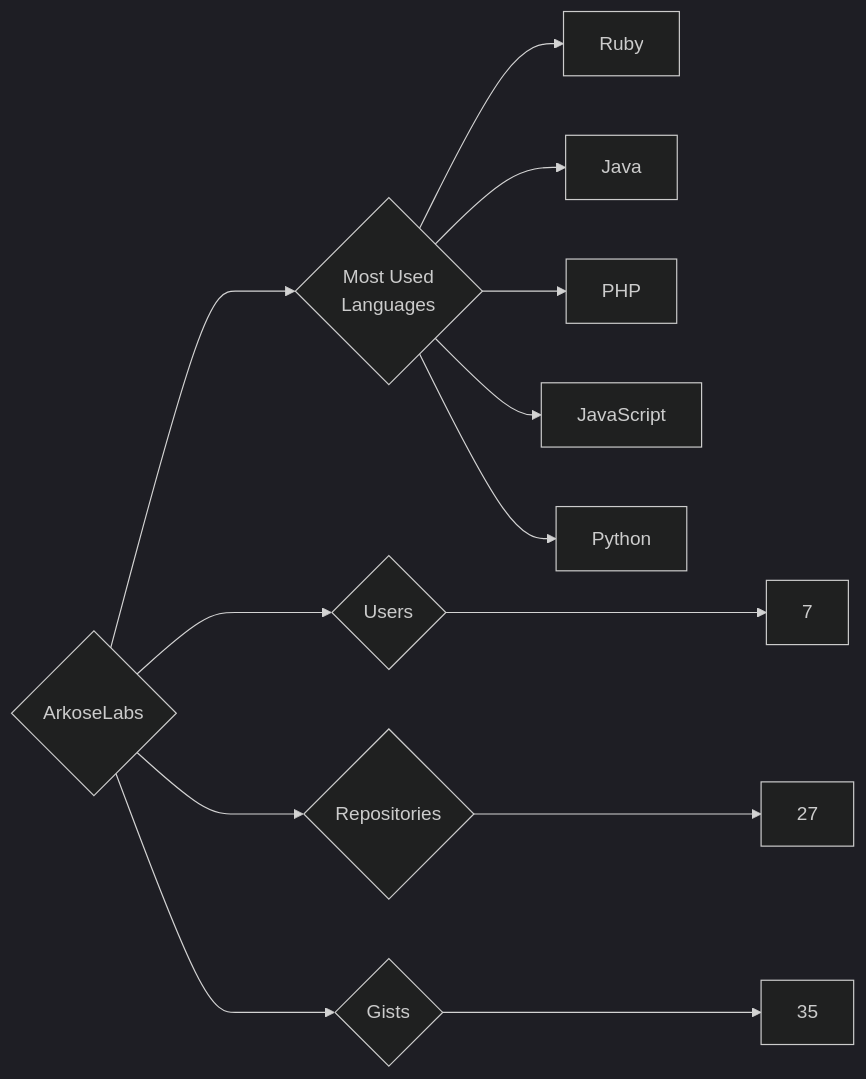
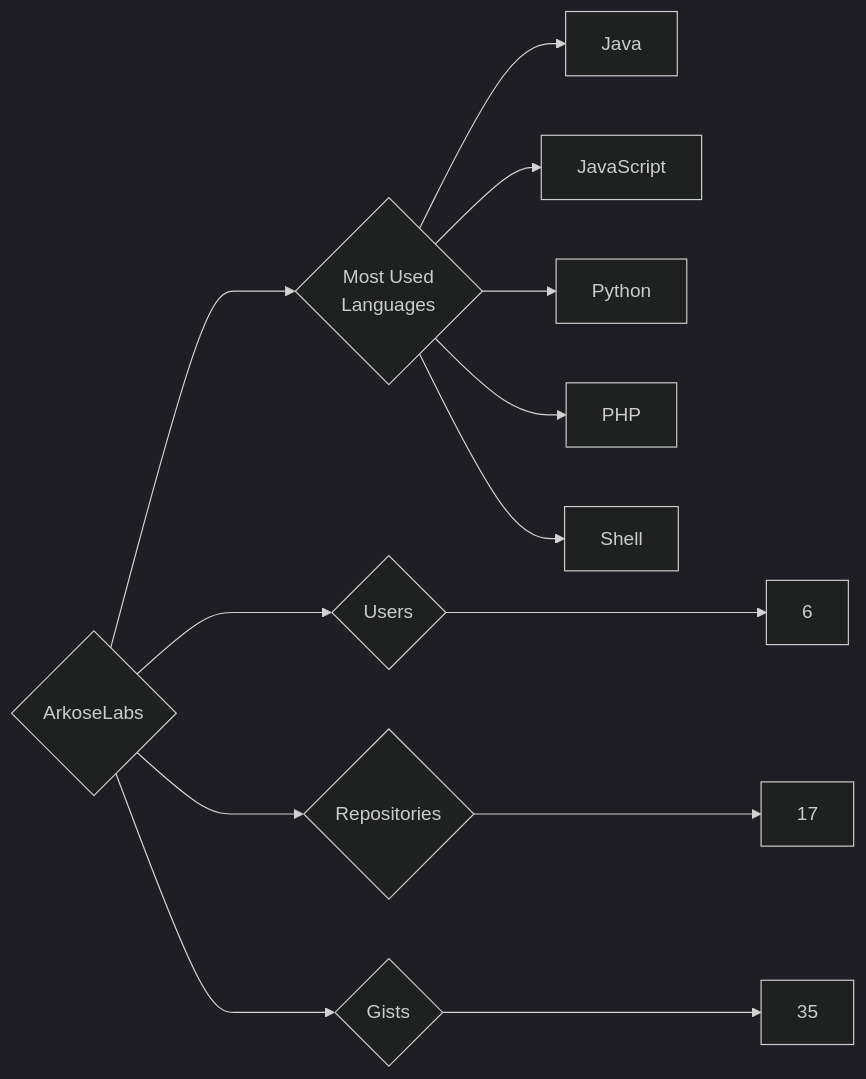
Before and after one commit to trickest/insiders: the diagram in targets/ArkoseLabs/README.md, drawn with Mermaid (dark theme). The commit also changed 1238 other files, not shown here.

````diff
--- a/targets/ArkoseLabs/README.md
+++ b/targets/ArkoseLabs/README.md
@@ -3,13 +3,13 @@
 ```mermaid
 graph LR
 COMPANY_NAME{ArkoseLabs}
-COMPANY_NAME ---> U{Users} ---> UN[7]
-COMPANY_NAME ---> R{Repositories} ---> RN[27]
+COMPANY_NAME ---> U{Users} ---> UN[6]
+COMPANY_NAME ---> R{Repositories} ---> RN[17]
 COMPANY_NAME ---> G{Gists} ---> GN[35]
 COMPANY_NAME ---> ML{Most Used<br>Languages}
-ML --> Ruby[Ruby]
 ML --> Java[Java]
-ML --> PHP[PHP]
 ML --> JavaScript[JavaScript]
 ML --> Python[Python]
+ML --> PHP[PHP]
+ML --> Shell[Shell]
 ```
````
